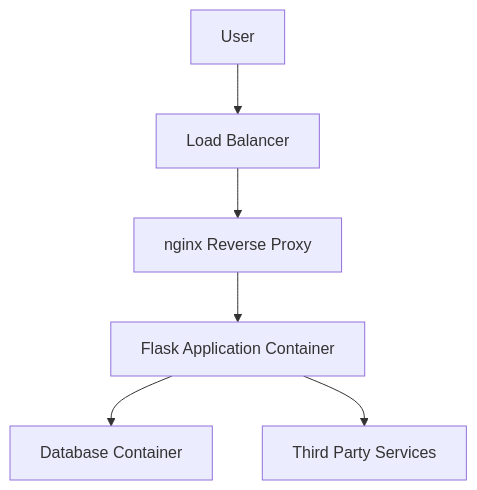
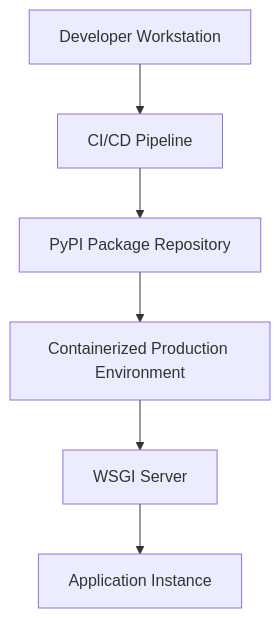
Before and after one commit to xvnpw/ai-security-analyzer: the third of 4 diagrams in examples/github-sec-design-flask-o3-mini.md, drawn with Mermaid. The commit also changed other lines of this file and 218 other files, not shown here.

````diff
--- a/examples/github-sec-design-flask-o3-mini.md
+++ b/examples/github-sec-design-flask-o3-mini.md
@@ -94,15 +114,15 @@
 ```mermaid
 graph TD
-    User[User]
-    LB[Load Balancer]
-    Nginx[nginx Reverse Proxy]
-    App[Flask Application Container]
-    DB[Database Container]
-    TPD[Third Party Services]
+    A[Developer Workstation]
+    B[CI/CD Pipeline]
+    C[PyPI Package Repository]
+    D[Containerized Production Environment]
+    E[WSGI Server]
+    F[Application Instance]
 
-    User --> LB
-    LB --> Nginx
-    Nginx --> App
-    App --> DB
-    App --> TPD
+    A --> B
+    B --> C
+    C --> D
+    D --> E
+    E --> F
 ```
````
